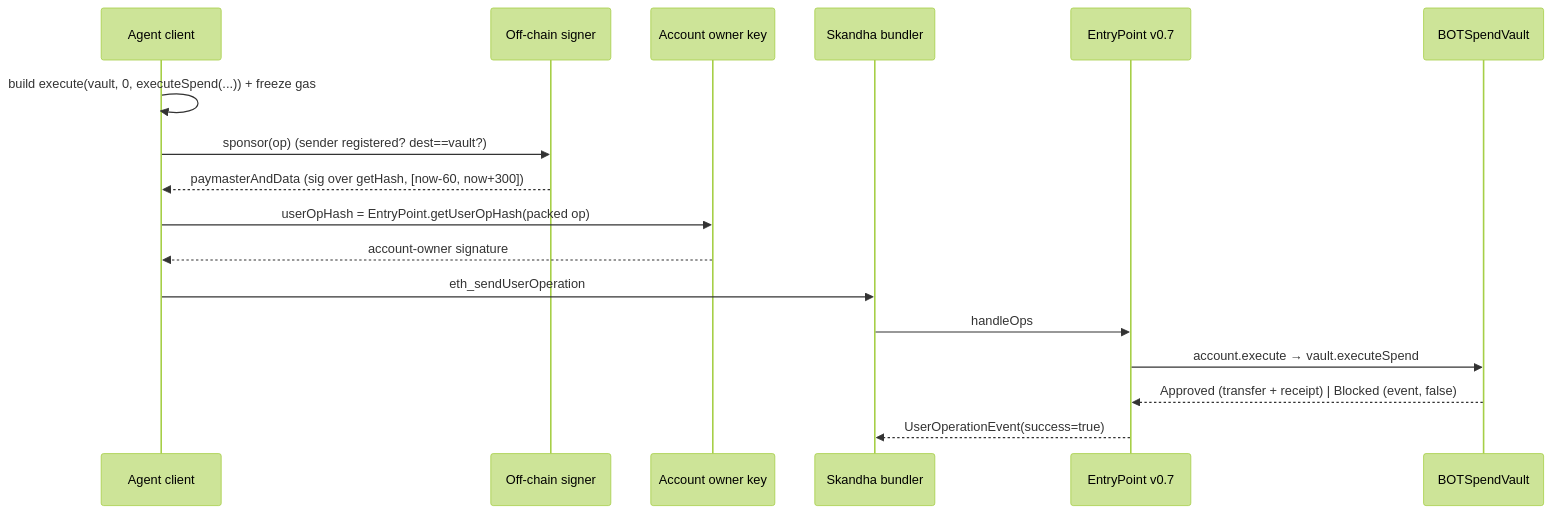
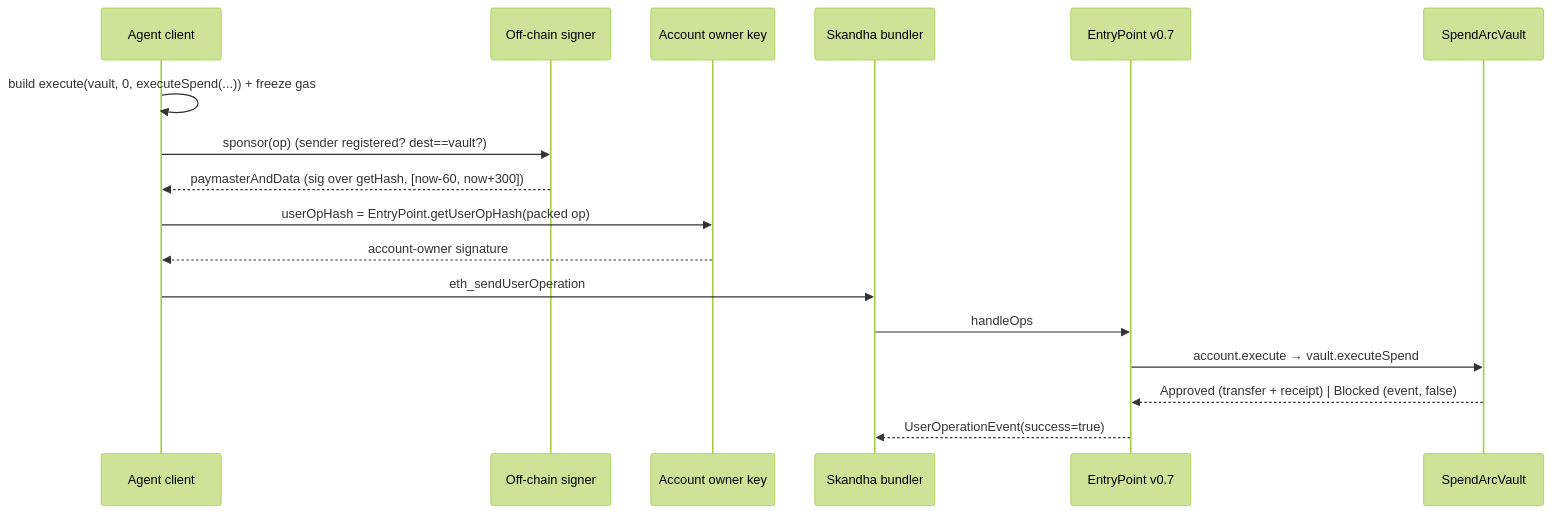
Before and after one commit to Saber1Y/SpendArc: the second of 2 diagrams in architecture.md, drawn with Mermaid (forest theme). The commit also changed other lines of this file and 15 other files, not shown here.

````diff
--- a/architecture.md
+++ b/architecture.md
@@ -61,20 +61,20 @@
 ```mermaid
 sequenceDiagram
     participant C as Agent client
     participant S as Off-chain signer
     participant O as Account owner key
     participant B as Skandha bundler
     participant E as EntryPoint v0.7
-    participant V as BOTSpendVault
+    participant V as SpendArcVault
 
     C->>C: build execute(vault, 0, executeSpend(...)) + freeze gas
     C->>S: sponsor(op)  (sender registered? dest==vault?)
     S-->>C: paymasterAndData (sig over getHash, [now-60, now+300])
     C->>O: userOpHash = EntryPoint.getUserOpHash(packed op)
     O-->>C: account-owner signature
     C->>B: eth_sendUserOperation
     B->>E: handleOps
     E->>V: account.execute → vault.executeSpend
     V-->>E: Approved (transfer + receipt)  |  Blocked (event, false)
     E-->>B: UserOperationEvent(success=true)
 ```
````
